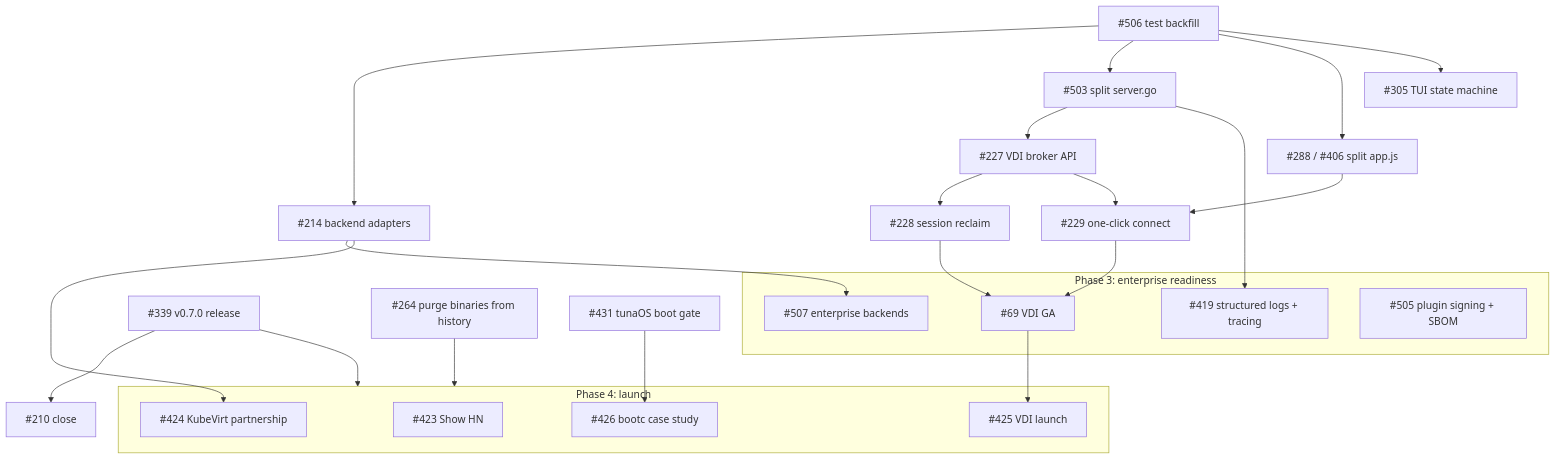
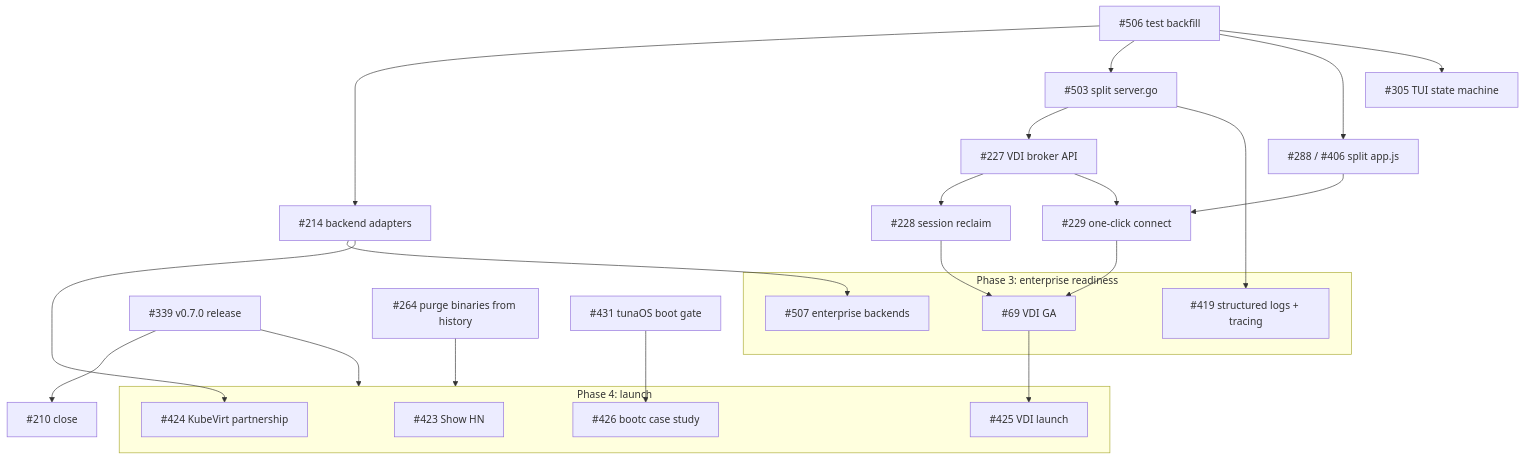
One commit to tuna-os/corral changed the diagram in ROADMAP.md. Above: the diagram before and after it, drawn with Mermaid. The commit also changed other lines of this file and 11 other files, not shown here.

First line of the commit message:
feat(plugin): verify Sigstore signature and SPDX SBOM attestation on install (#505)

````diff
--- a/ROADMAP.md
+++ b/ROADMAP.md
@@ -48,34 +47,32 @@
 ```mermaid
 flowchart TD
   P1A["#339 v0.7.0 release"] --> P1B["#210 close"]
   P1H["#264 purge binaries from history"] --> P5
   P1A --> P5
   T["#506 test backfill"] --> R1["#214 backend adapters"]
   T --> R2["#503 split server.go"]
   T --> R3["#288 / #406 split app.js"]
   T --> R4["#305 TUI state machine"]
   R1 --> E1["#507 enterprise backends"]
   R2 --> V1["#227 VDI broker API"]
   R2 --> O1["#419 structured logs + tracing"]
   V1 --> V2["#228 session reclaim"]
   V1 --> V3["#229 one-click connect"]
   R3 --> V3
   V2 & V3 --> VGA["#69 VDI GA"]
-  S1["#505 plugin signing + SBOM"]
   BG["#431 tunaOS boot gate"]
   subgraph P3["Phase 3: enterprise readiness"]
     E1
     VGA
-    S1
     O1
   end
   subgraph P5["Phase 4: launch"]
     L1["#423 Show HN"]
     L2["#426 bootc case study"]
     L3["#425 VDI launch"]
     L4["#424 KubeVirt partnership"]
   end
   BG --> L2
   VGA --> L3
   R1 --> L4
 ```
````
